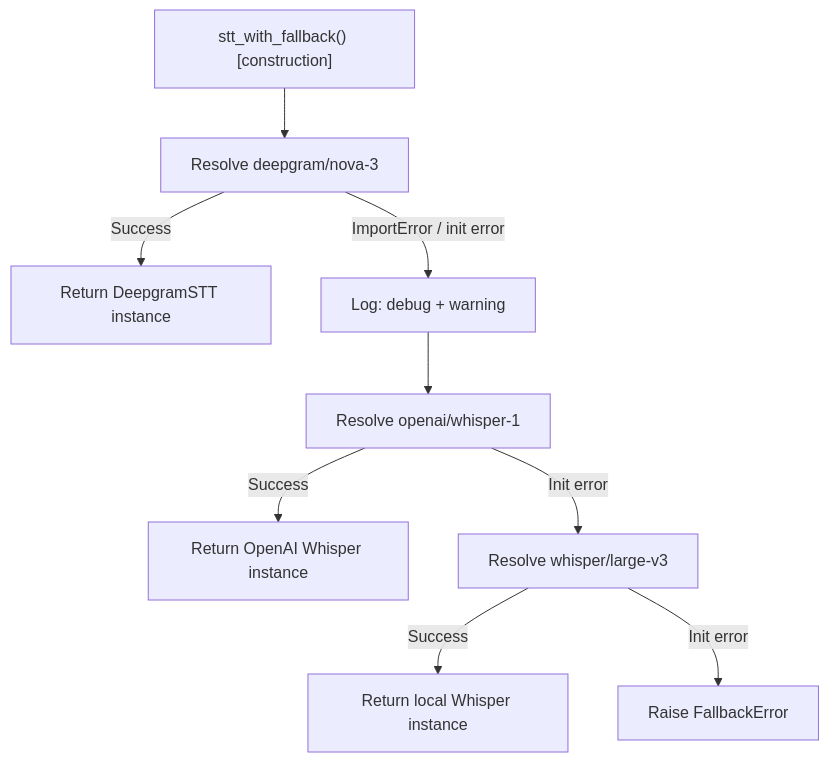
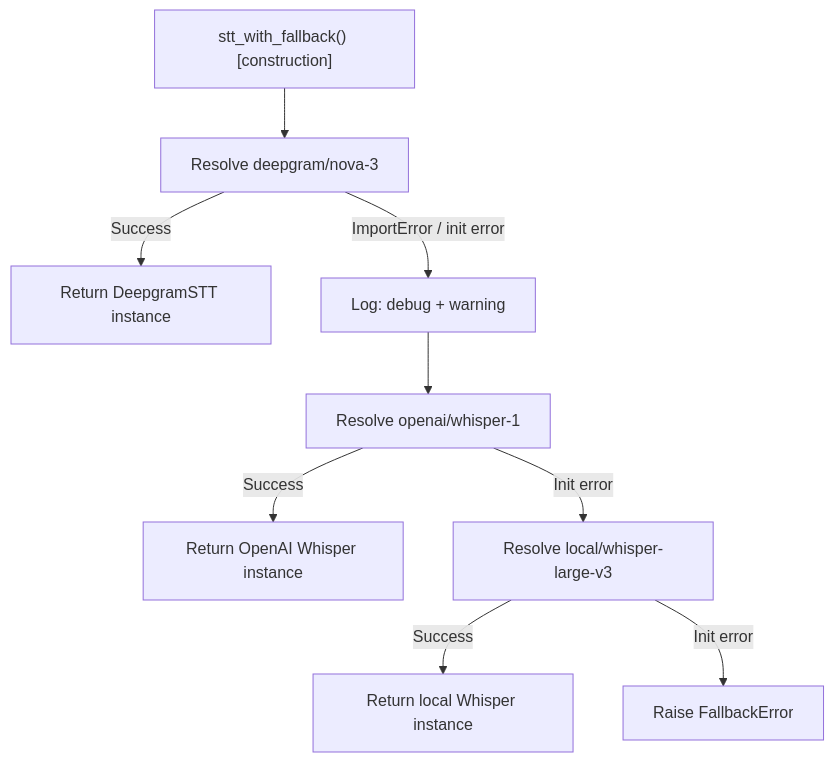
Before and after one commit to mahimailabs/voicegateway: the diagram in docs/examples/fallback-chains.md, drawn with Mermaid. The commit also changed other lines of this file and 15 other files, not shown here.

````diff
--- a/docs/examples/fallback-chains.md
+++ b/docs/examples/fallback-chains.md
@@ -92,11 +92,11 @@
 ```mermaid
 graph TD
     A["stt_with_fallback() [construction]"] --> B["Resolve deepgram/nova-3"]
     B -->|Success| C["Return DeepgramSTT instance"]
     B -->|ImportError / init error| D["Log: debug + warning"]
     D --> E["Resolve openai/whisper-1"]
     E -->|Success| F["Return OpenAI Whisper instance"]
-    E -->|Init error| G["Resolve whisper/large-v3"]
+    E -->|Init error| G["Resolve local/whisper-large-v3"]
     G -->|Success| H["Return local Whisper instance"]
     G -->|Init error| I["Raise FallbackError"]
 ```
````
